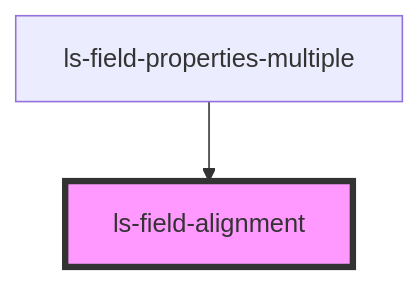
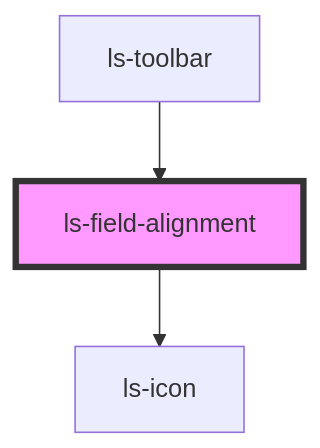
One commit to legalesign/ls-document-viewer changed the diagram in src/components/ls-field-alignment/readme.md. Above: the diagram before and after it, drawn with Mermaid. The commit also changed other lines of this file and 37 other files, not shown here.

````diff
--- a/src/components/ls-field-alignment/readme.md
+++ b/src/components/ls-field-alignment/readme.md
@@ -30,5 +34,6 @@
 ```mermaid
 graph TD;
-  ls-field-properties-multiple --> ls-field-alignment
+  ls-field-alignment --> ls-icon
+  ls-toolbar --> ls-field-alignment
   style ls-field-alignment fill:#f9f,stroke:#333,stroke-width:4px
 ```
````
